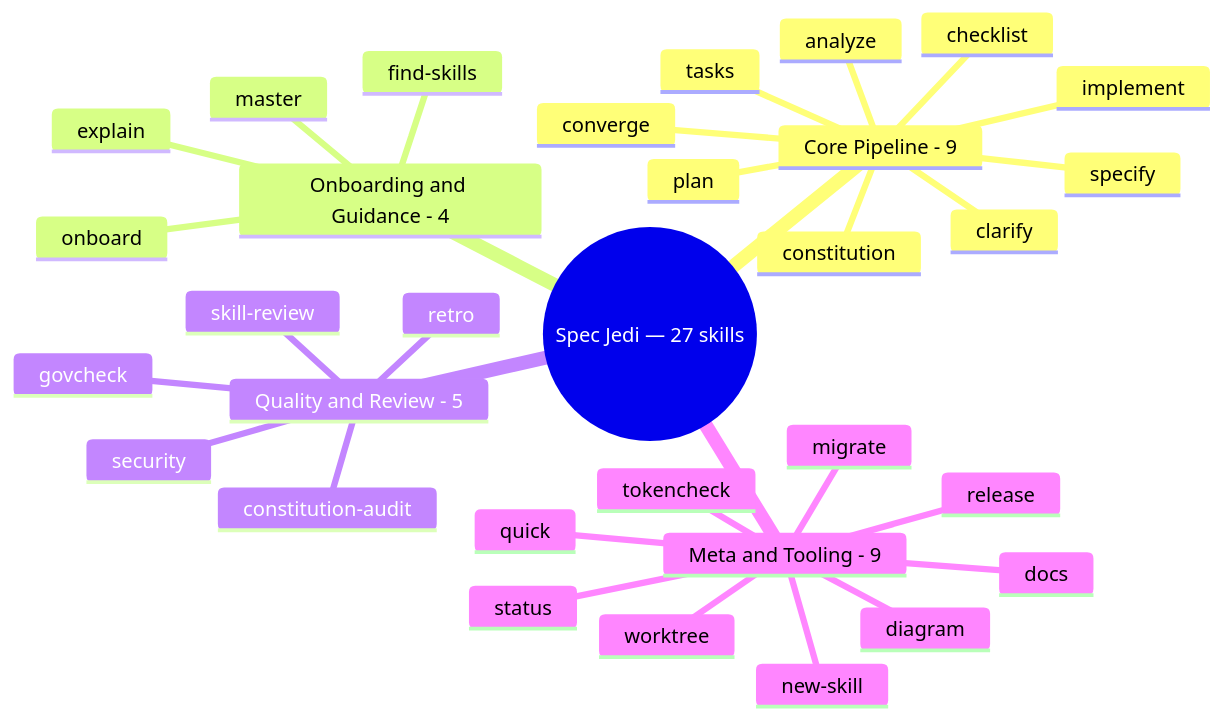
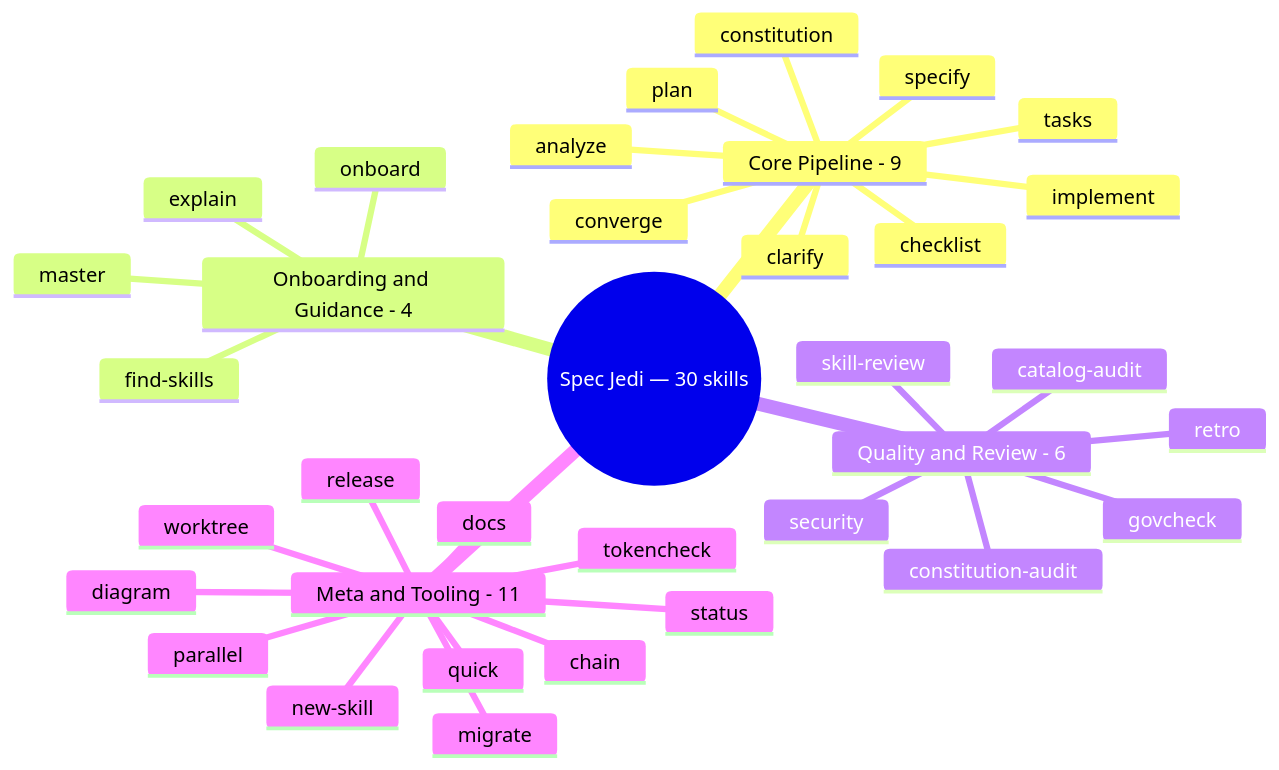
The first of 2 diagrams in references/quickstart-guide.md (jonyfs/spec-jedi), drawn with Mermaid before and after one commit. The commit also changed other lines of this file and 3 other files, not shown here.

````diff
--- a/references/quickstart-guide.md
+++ b/references/quickstart-guide.md
@@ -16,35 +16,38 @@
 ```mermaid
 mindmap
-  root(("Spec Jedi — 27 skills"))
+  root(("Spec Jedi — 30 skills"))
     Core Pipeline - 9
       constitution
       specify
       clarify
       plan
       tasks
       implement
       analyze
       checklist
       converge
     Onboarding and Guidance - 4
       onboard
       explain
       find-skills
       master
-    Quality and Review - 5
+    Quality and Review - 6
       security
       skill-review
       govcheck
       retro
       constitution-audit
-    Meta and Tooling - 9
+      catalog-audit
+    Meta and Tooling - 11
       quick
       diagram
       status
       docs
       migrate
       new-skill
       release
       tokencheck
       worktree
+      chain
+      parallel
 ```
````
